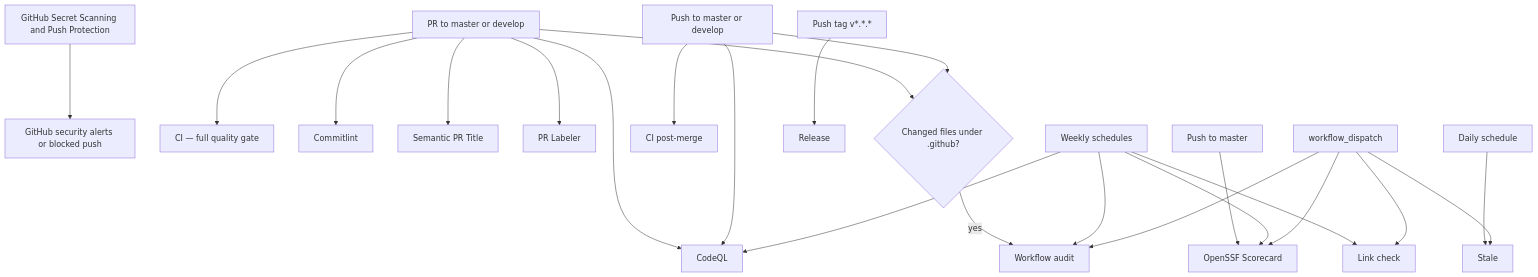
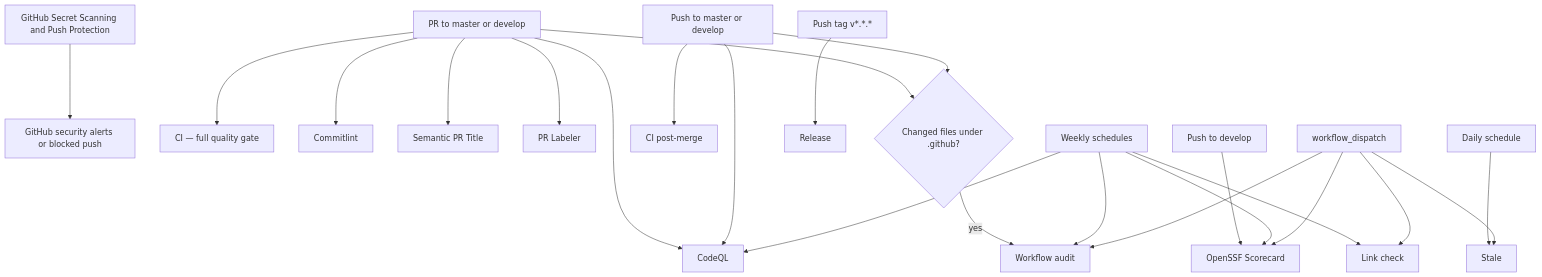
Before and after one commit to jooservices/exceptions: the first of 2 diagrams in WORKFLOWS.md, drawn with Mermaid. The commit also changed other lines of this file, not shown here.

Commit message:
docs: Align Scorecard workflow documentation

````diff
--- a/WORKFLOWS.md
+++ b/WORKFLOWS.md
@@ -12,32 +12,32 @@
 ```mermaid
 flowchart TD
     native[GitHub Secret Scanning and Push Protection] --> Alerts[GitHub security alerts or blocked push]
 
     pr[PR to master or develop] --> CI[CI — full quality gate]
     pr --> CodeQL[CodeQL]
     pr --> Commitlint[Commitlint]
     pr --> Semantic[Semantic PR Title]
     pr --> PathLabel[PR Labeler]
     pr --> Audit{Changed files under .github?}
     Audit -->|yes| WorkflowAudit[Workflow audit]
 
     push[Push to master or develop] --> PostMerge[CI post-merge]
     push --> CodeQL
     push --> Audit
 
-    master[Push to master] --> Scorecard[OpenSSF Scorecard]
+    develop[Push to develop] --> Scorecard[OpenSSF Scorecard]
 
     tag[Push tag v*.*.*] --> Release[Release]
 
     weekly[Weekly schedules] --> CodeQL
     weekly --> LinkCheck[Link check]
     weekly --> Scorecard
     weekly --> WorkflowAudit
 
     daily[Daily schedule] --> Stale[Stale]
 
     manual[workflow_dispatch] --> LinkCheck
     manual --> Scorecard
     manual --> Stale
     manual --> WorkflowAudit
 ```
````
